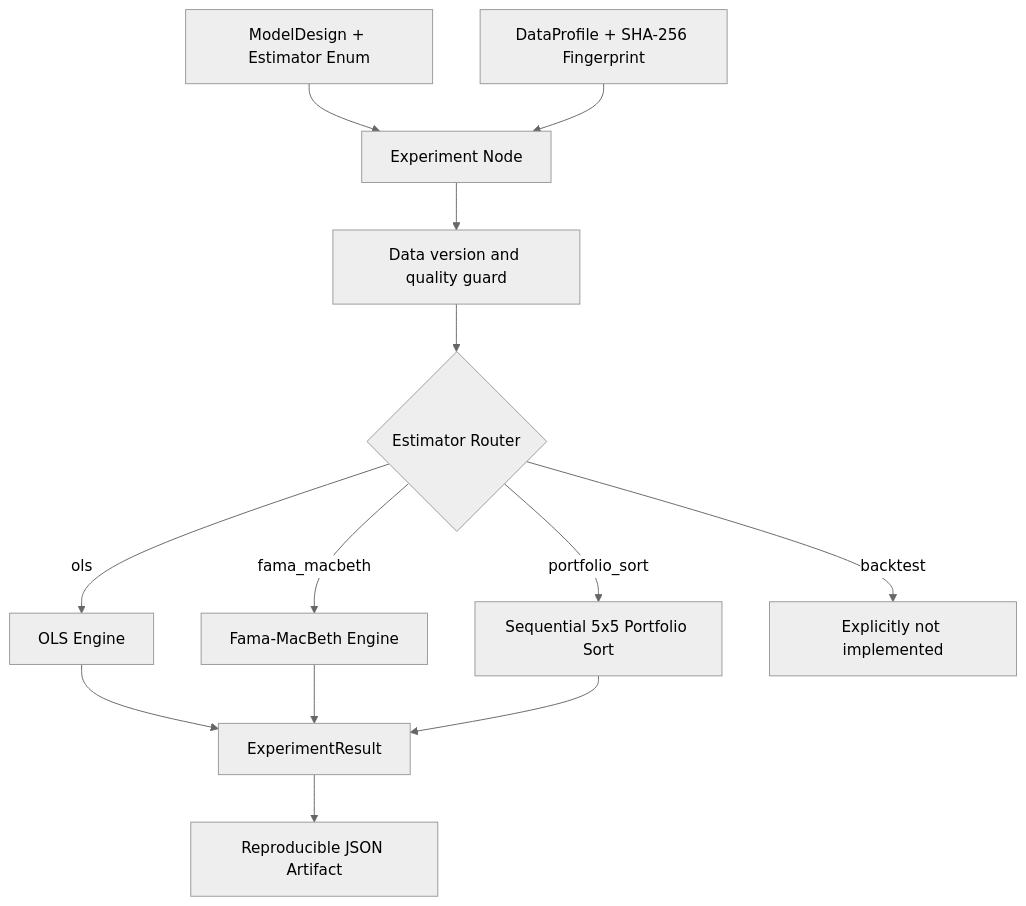
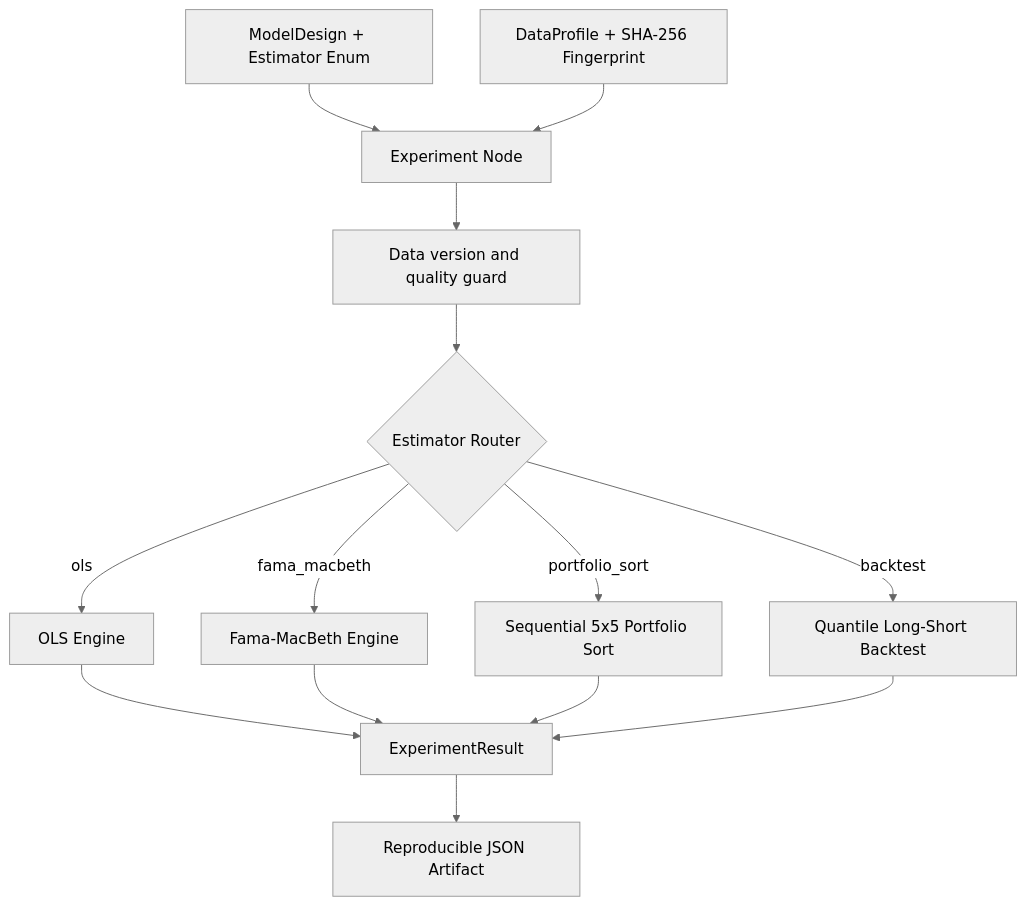
One commit to 210122evanlu-arch/QuantResearchAgent changed the diagram in docs/experiment_engine.md. Above: the diagram before and after it, drawn with Mermaid (neutral theme). The commit also changed other lines of this file and 25 other files, not shown here.

````diff
--- a/docs/experiment_engine.md
+++ b/docs/experiment_engine.md
@@ -5,15 +5,16 @@
 ```mermaid
 flowchart TD
     MD["ModelDesign + Estimator Enum"] --> EXP["Experiment Node"]
     DP["DataProfile + SHA-256 Fingerprint"] --> EXP
     EXP --> CHECK["Data version and quality guard"]
     CHECK --> ROUTER{"Estimator Router"}
     ROUTER -->|ols| OLS["OLS Engine"]
     ROUTER -->|fama_macbeth| FM["Fama-MacBeth Engine"]
     ROUTER -->|portfolio_sort| PS["Sequential 5x5 Portfolio Sort"]
-    ROUTER -->|backtest| BT["Explicitly not implemented"]
+    ROUTER -->|backtest| BT["Quantile Long-Short Backtest"]
     OLS --> RESULT["ExperimentResult"]
     FM --> RESULT
     PS --> RESULT
+    BT --> RESULT
     RESULT --> ARTIFACT["Reproducible JSON Artifact"]
 ```
````
